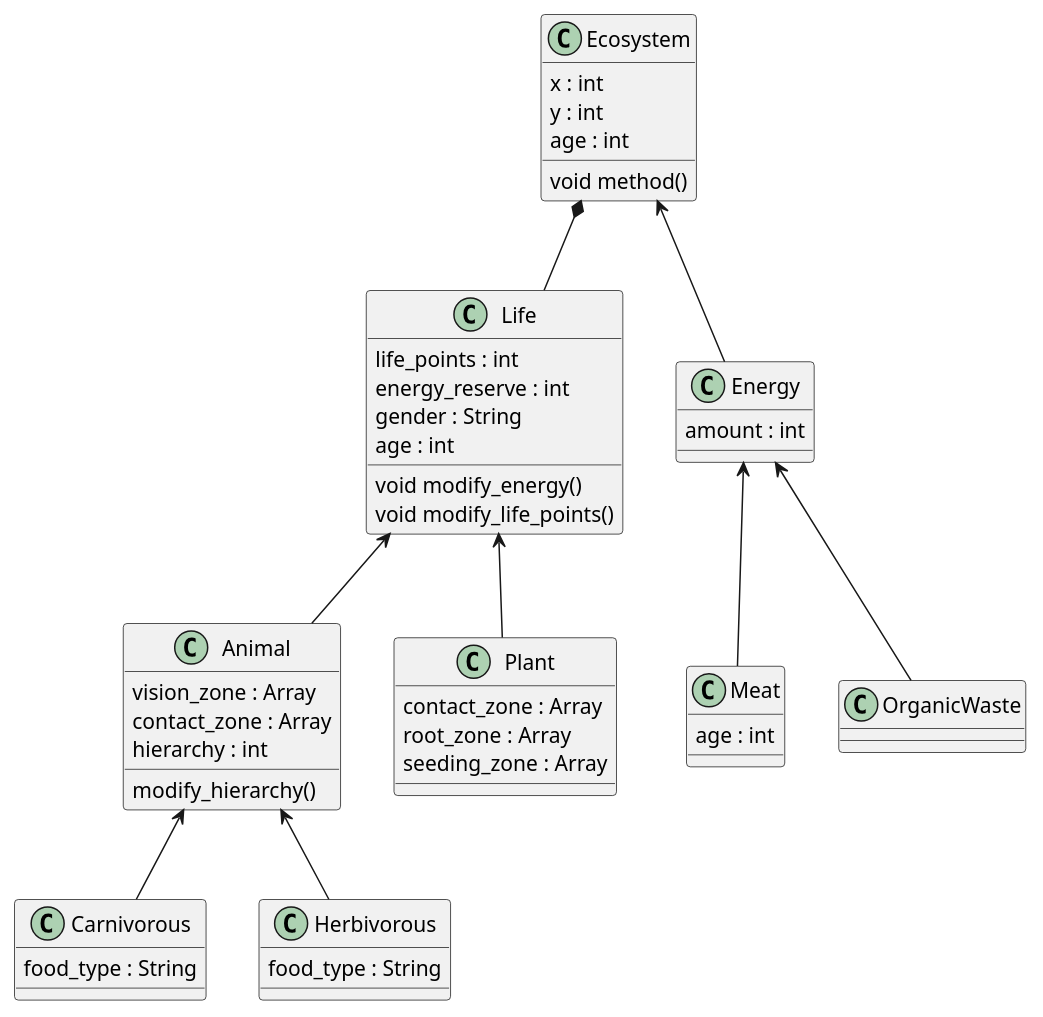
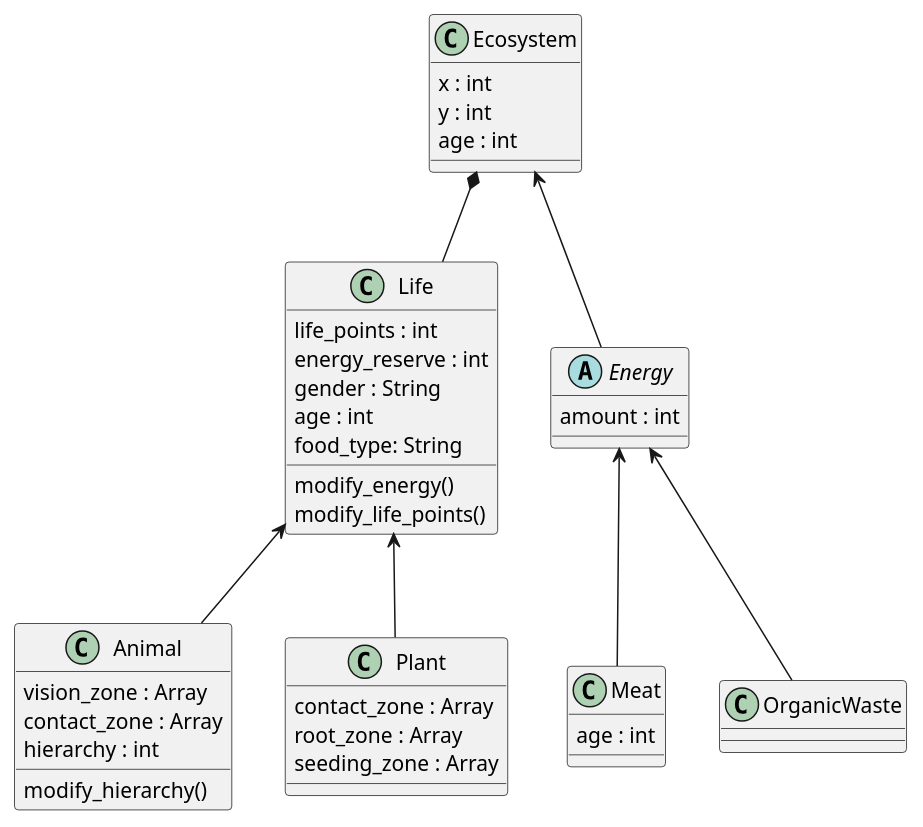
Before and after one commit to fred-corp/Ecosystem_PO3L_ECAM: the diagram in development/class_diagram.plantuml, drawn with PlantUML. The commit also changed 8 other files, not shown here.

Commit message:
Add inheritance and update class diagram

```diff
--- a/development/class_diagram.plantuml
+++ b/development/class_diagram.plantuml
@@ -1,63 +1,53 @@
 @startuml
 
 Ecosystem *-- Life
 Life <-- Animal
 Life <-- Plant
-Animal <-- Carnivorous
-Animal <-- Herbivorous
 Ecosystem <-- Energy
 Energy <-- Meat
 Energy <-- OrganicWaste
 
 class Ecosystem {
     x : int
     y : int
     age : int
-    void method()
 }
 
 class Life {
     life_points : int
     energy_reserve : int
     gender : String
     age : int
+    food_type: String
     
-    void modify_energy()
-    void modify_life_points()
+    modify_energy()
+    modify_life_points()
 }
 
 class Animal {
     
     vision_zone : Array
     contact_zone : Array
     hierarchy : int
     
     modify_hierarchy()
 }
 
 class Plant {
     contact_zone : Array
     root_zone : Array
     seeding_zone : Array
 }
 
-class Carnivorous {
-    food_type : String
-}
-
-class Herbivorous {
-    food_type : String
-}
-
 class Meat {
     age : int
 }
 
 class OrganicWaste {
 }
 
-class Energy {
+abstract class Energy {
     amount : int
 }
 
 @enduml
```
